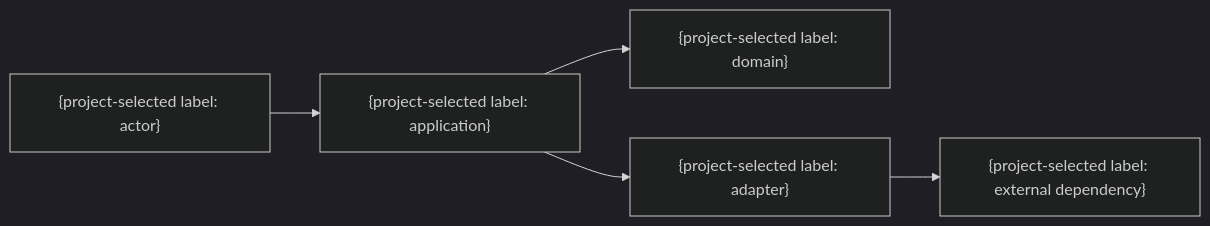
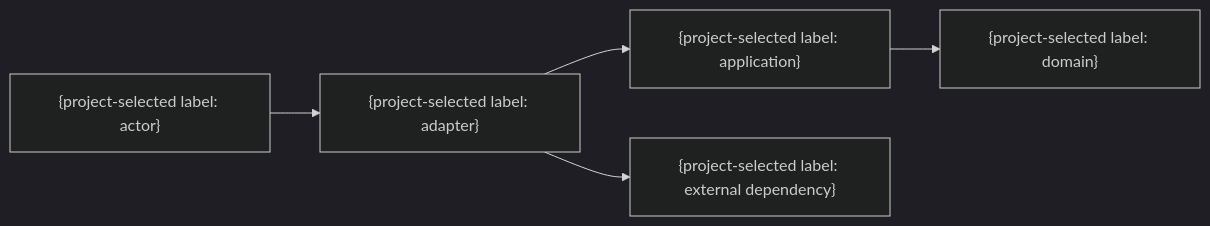
Before and after one commit to techbeansjp-free/AGENTS.md: the diagram in .agent-skill-chain/templates/specs/03_アーキテクチャ/00_全体構成.md, drawn with Mermaid (dark theme). The commit also changed 22 other files, not shown here.

````diff
--- a/.agent-skill-chain/templates/specs/03_アーキテクチャ/00_全体構成.md
+++ b/.agent-skill-chain/templates/specs/03_アーキテクチャ/00_全体構成.md
@@ -10,7 +10,7 @@
 ```mermaid
 flowchart LR
-  actor_node["{project-selected label: actor}"] --> application_node["{project-selected label: application}"]
+  actor_node["{project-selected label: actor}"] --> adapter_node["{project-selected label: adapter}"]
+  adapter_node --> application_node["{project-selected label: application}"]
   application_node --> domain_node["{project-selected label: domain}"]
-  application_node --> adapter_node["{project-selected label: adapter}"]
   adapter_node --> external_node["{project-selected label: external dependency}"]
 ```
````
